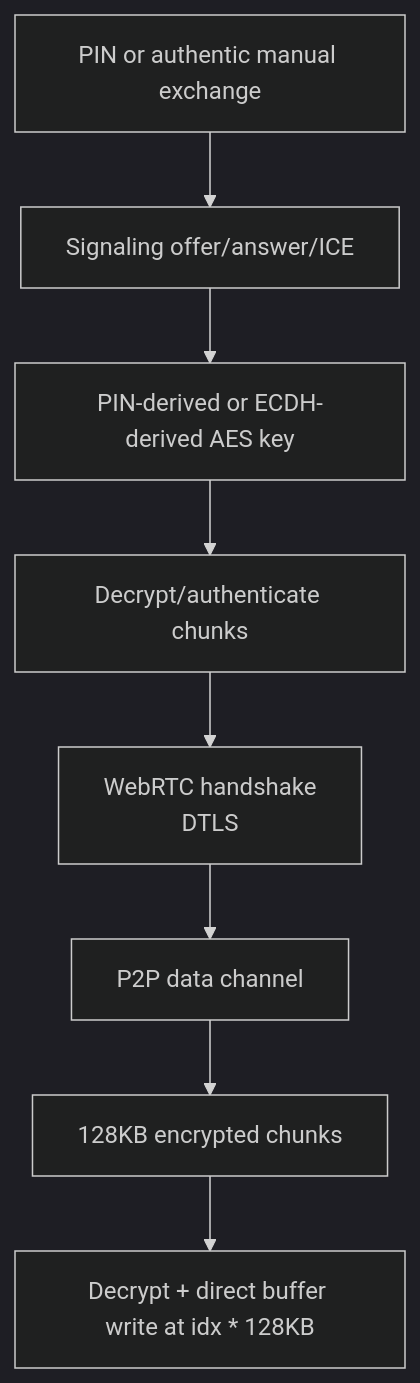
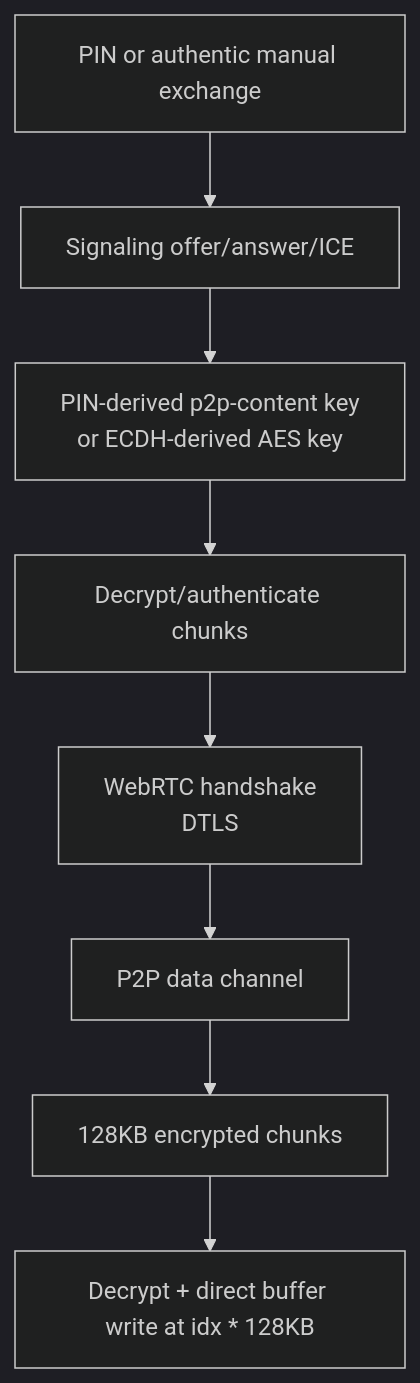
One commit to andrewtheguy/secure-send-web changed the fourth of 4 diagrams in docs/ARCHITECTURE.md. Above: the diagram before and after it, drawn with Mermaid (dark theme). The commit also changed other lines of this file and 7 other files, not shown here.

````diff
--- a/docs/ARCHITECTURE.md
+++ b/docs/ARCHITECTURE.md
@@ -513,10 +513,10 @@
 ```mermaid
 flowchart TD
     Secret[PIN or authentic manual exchange] --> Signaling[Signaling offer/answer/ICE]
-    Signaling --> Key[PIN-derived or ECDH-derived AES key]
+    Signaling --> Key[PIN-derived p2p-content key<br/>or ECDH-derived AES key]
     Key --> Decrypt[Decrypt/authenticate chunks]
     Decrypt --> DTLS[WebRTC handshake<br/>DTLS]
     DTLS --> Channel[P2P data channel]
     Channel --> Chunks[128KB encrypted chunks]
     Chunks --> Write[Decrypt + direct buffer write at idx * 128KB]
 ```
````
